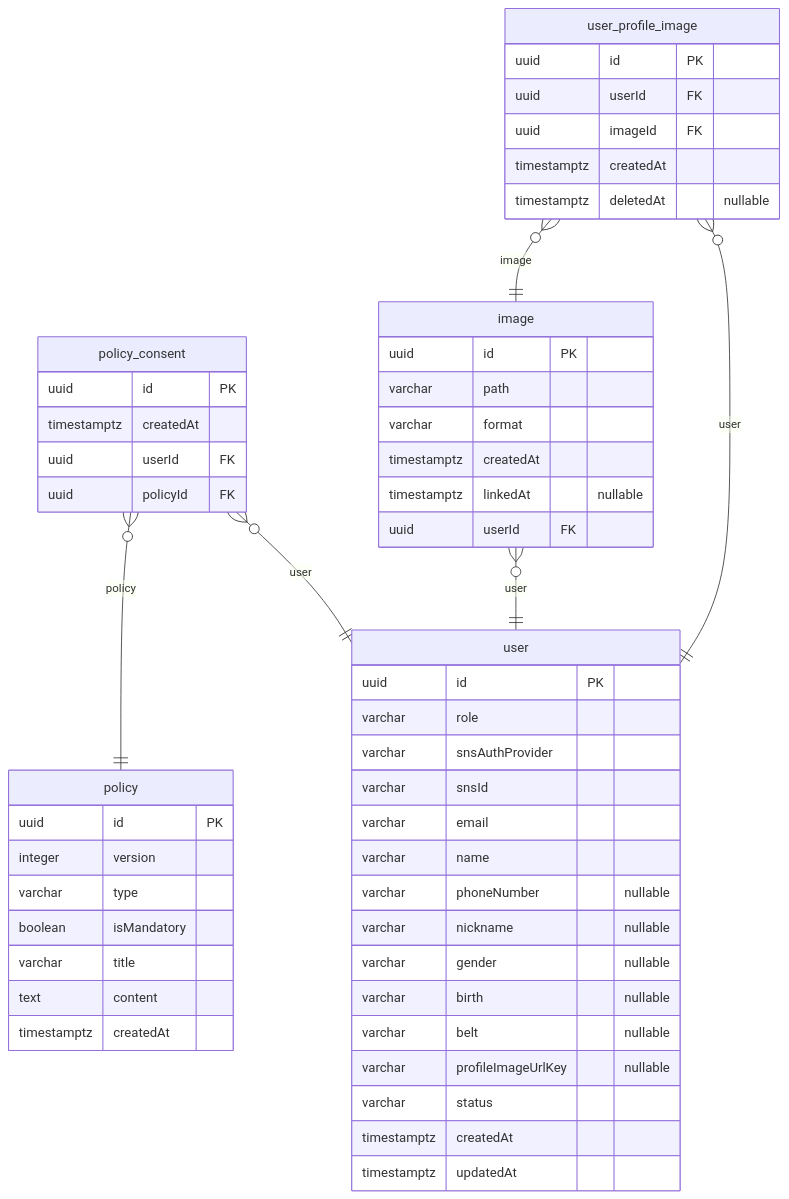
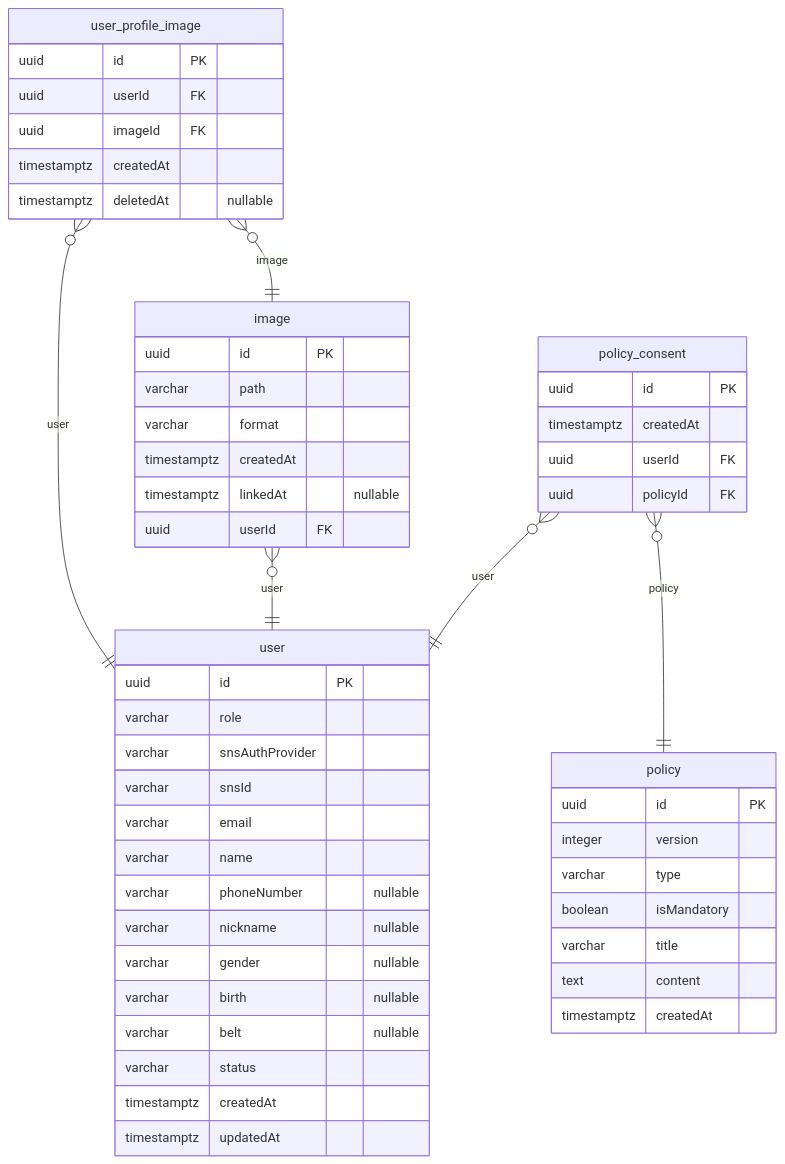
The first of 5 diagrams in docs/najiha-v2-erd.md (NAJUHA-JIUJITSU/najuha-v2-be), drawn with Mermaid before and after one commit. The commit also changed other lines of this file and 155 other files, not shown here.

````diff
--- a/docs/najiha-v2-erd.md
+++ b/docs/najiha-v2-erd.md
@@ -20,55 +20,54 @@
 ```mermaid
 erDiagram
   policy {
     uuid id PK
     integer version
     varchar type
     boolean isMandatory
     varchar title
     text content
     timestamptz createdAt
-  }
-  policy_consent {
-    uuid id PK
-    timestamptz createdAt
-    uuid userId FK
-    uuid policyId FK
   }
   user_profile_image {
     uuid id PK
     uuid userId FK
     uuid imageId FK
     timestamptz createdAt
     timestamptz deletedAt "nullable"
   }
   image {
     uuid id PK
     varchar path
     varchar format
     timestamptz createdAt
     timestamptz linkedAt "nullable"
     uuid userId FK
   }
   user {
     uuid id PK
     varchar role
     varchar snsAuthProvider
     varchar snsId
     varchar email
     varchar name
     varchar phoneNumber "nullable"
     varchar nickname "nullable"
     varchar gender "nullable"
     varchar birth "nullable"
     varchar belt "nullable"
-    varchar profileImageUrlKey "nullable"
     varchar status
     timestamptz createdAt
     timestamptz updatedAt
   }
-  policy_consent }o--|| user: user
-  policy_consent }o--|| policy: policy
+  policy_consent {
+    uuid id PK
+    timestamptz createdAt
+    uuid userId FK
+    uuid policyId FK
+  }
   user_profile_image }o--|| user: user
   user_profile_image }o--|| image: image
   image }o--|| user: user
+  policy_consent }o--|| user: user
+  policy_consent }o--|| policy: policy
 ```
````
